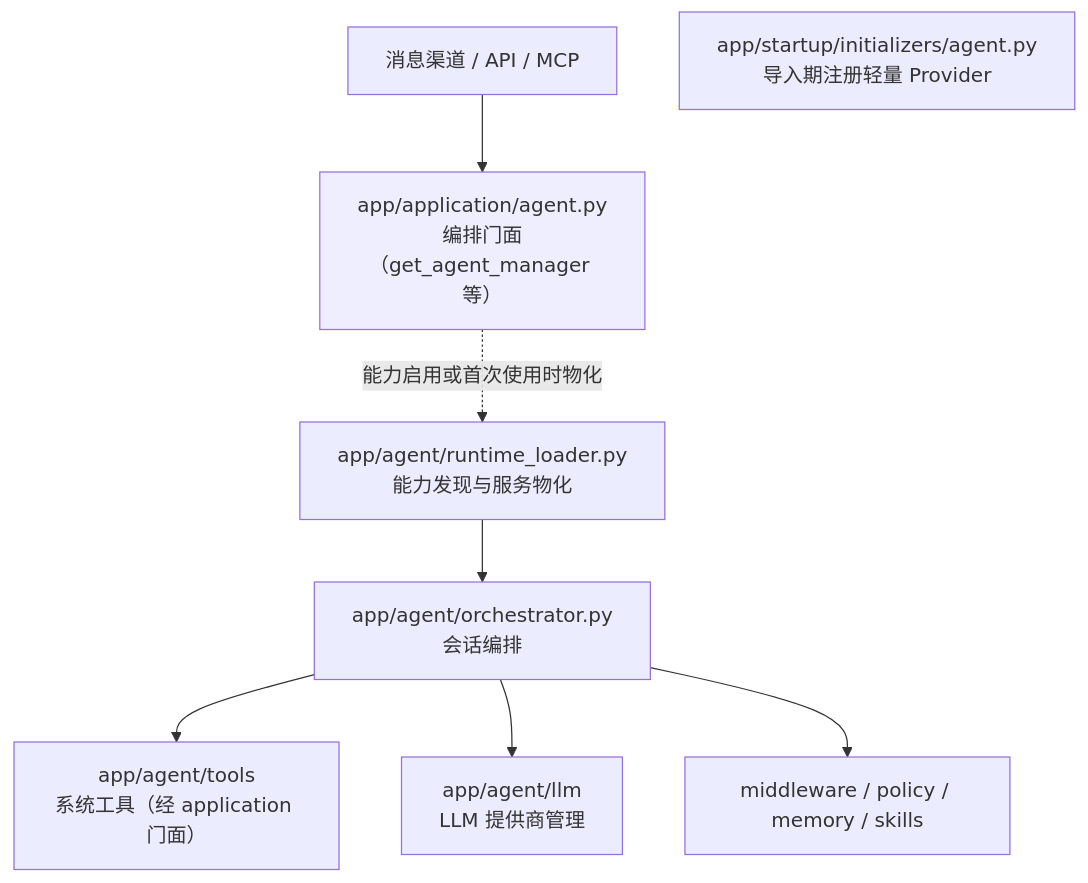
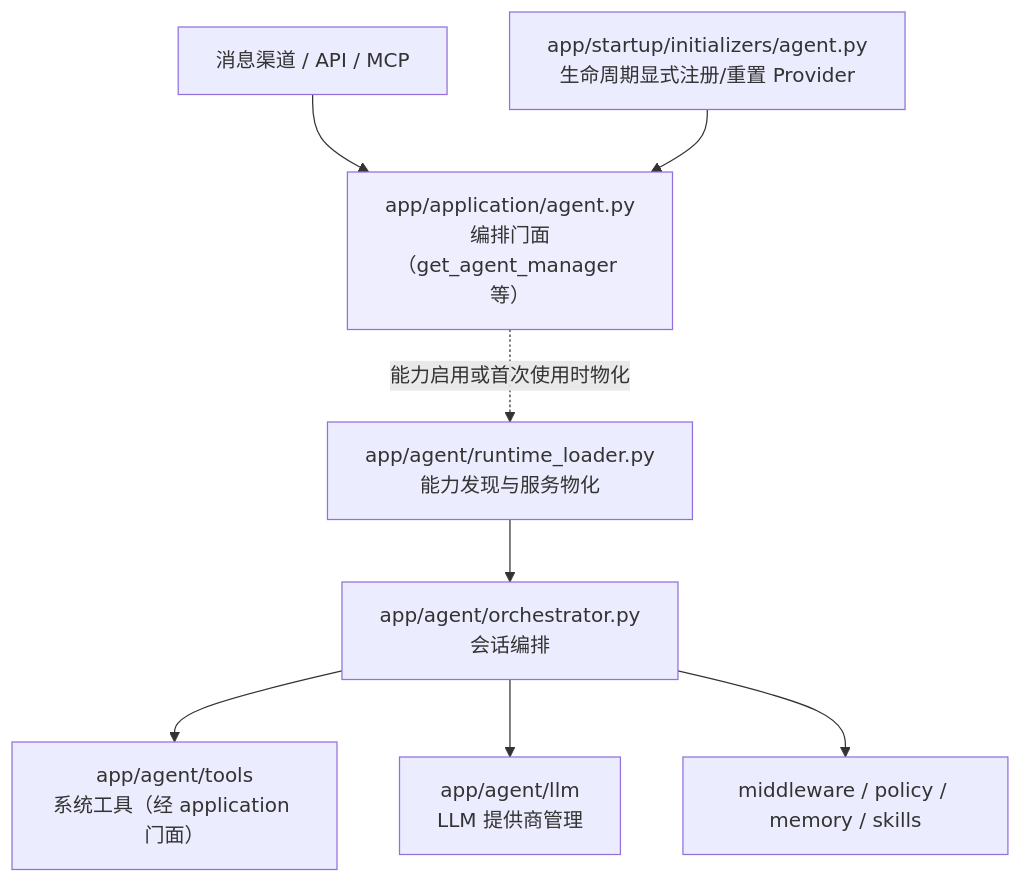
One commit to jxxghp/MoviePilot changed diagram 12 of 14 in docs/architecture-overview.md. Above: the diagram before and after it, drawn with Mermaid. The commit also changed other lines of this file and 183 other files, not shown here.

Commit message:
refactor(architecture): split chain owners and close runtime boundaries

````diff
--- a/docs/architecture-overview.md
+++ b/docs/architecture-overview.md
@@ -561,12 +561,13 @@
 ```mermaid
 flowchart TB
     Entry["消息渠道 / API / MCP"] --> Facade["app/application/agent.py<br/>编排门面（get_agent_manager 等）"]
-    Reg["app/startup/initializers/agent.py<br/>导入期注册轻量 Provider"]
+    Reg["app/startup/initializers/agent.py<br/>生命周期显式注册/重置 Provider"]
+    Reg --> Facade
     Facade -.能力启用或首次使用时物化.-> RT["app/agent/runtime_loader.py<br/>能力发现与服务物化"]
     RT --> ORC["app/agent/orchestrator.py<br/>会话编排"]
     ORC --> Tools["app/agent/tools<br/>系统工具（经 application 门面）"]
     ORC --> LLM["app/agent/llm<br/>LLM 提供商管理"]
     ORC --> MW["middleware / policy / memory / skills"]
 
     style Facade fill:#eef
 ```
````
